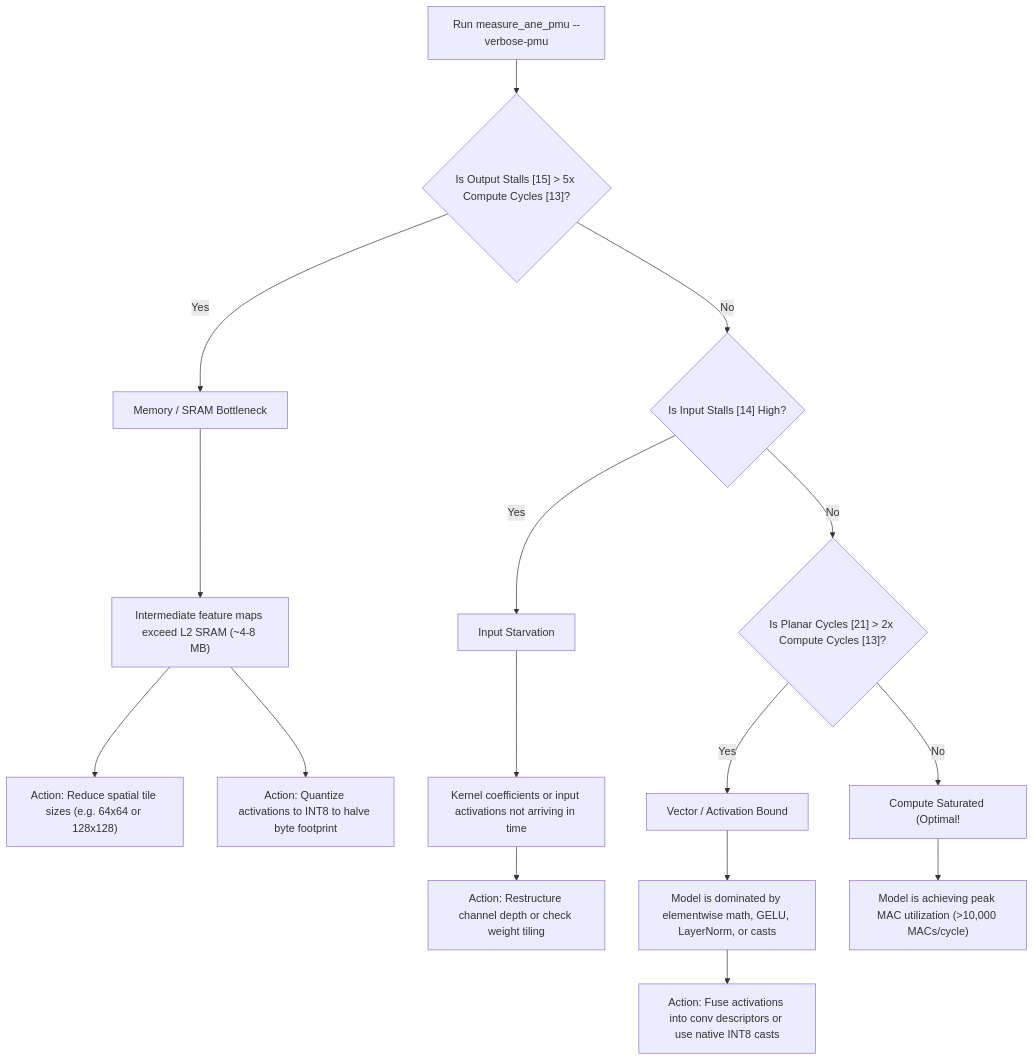
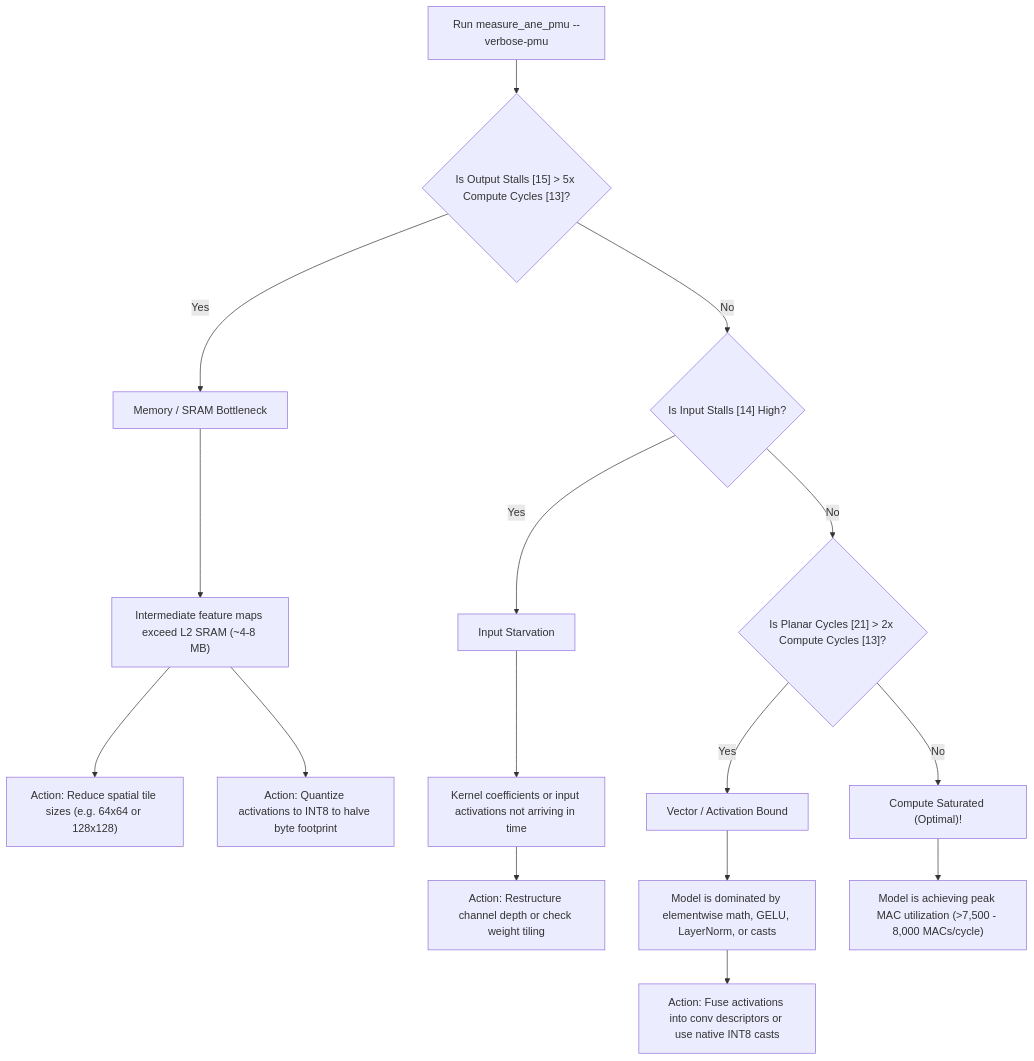
One commit to freedomtan/measure_ane_capacity changed the diagram in How_to_Interpret_measure_ane_pmu_Numbers.md. Above: the diagram before and after it, drawn with Mermaid. The commit also changed other lines of this file and 2 other files, not shown here.

````diff
--- a/How_to_Interpret_measure_ane_pmu_Numbers.md
+++ b/How_to_Interpret_measure_ane_pmu_Numbers.md
@@ -211,24 +241,24 @@
 ```mermaid
 graph TD
     A["Run measure_ane_pmu --verbose-pmu"] --> B{"Is Output Stalls [15] > 5x Compute Cycles [13]?"}
     
     B -- Yes --> C["Memory / SRAM Bottleneck"]
     C --> C1["Intermediate feature maps exceed L2 SRAM (~4-8 MB)"]
     C1 --> C2["Action: Reduce spatial tile sizes (e.g. 64x64 or 128x128)"]
     C1 --> C3["Action: Quantize activations to INT8 to halve byte footprint"]
 
     B -- No --> D{"Is Input Stalls [14] High?"}
     
     D -- Yes --> E["Input Starvation"]
     E --> E1["Kernel coefficients or input activations not arriving in time"]
     E1 --> E2["Action: Restructure channel depth or check weight tiling"]
 
     D -- No --> F{"Is Planar Cycles [21] > 2x Compute Cycles [13]?"}
     
     F -- Yes --> G["Vector / Activation Bound"]
     G --> G1["Model is dominated by elementwise math, GELU, LayerNorm, or casts"]
     G1 --> G2["Action: Fuse activations into conv descriptors or use native INT8 casts"]
 
-    F -- No --> H["Compute Saturated (Optimal!"]
-    H --> H1["Model is achieving peak MAC utilization (>10,000 MACs/cycle)"]
+    F -- No --> H["Compute Saturated (Optimal)!"]
+    H --> H1["Model is achieving peak MAC utilization (>7,500 - 8,000 MACs/cycle)"]
 ```
````
